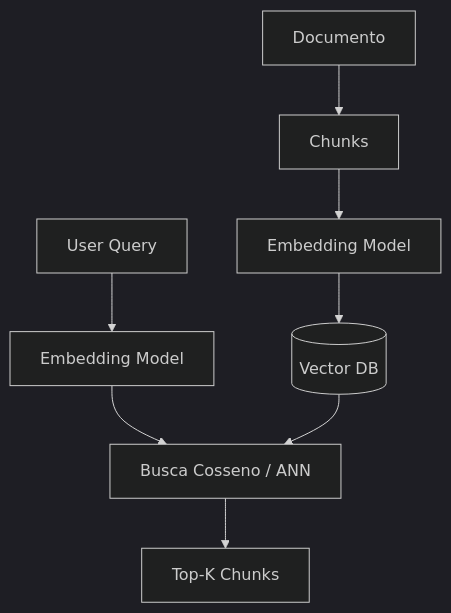
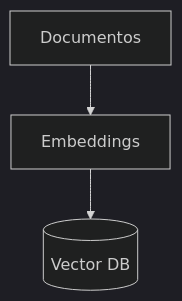
The third of 4 diagrams in pages/ai-agents/slide-etapa7.md (jcguimaraesnet/course-intelligent-agents), drawn with Mermaid before and after one commit. The commit also changed other lines of this file, not shown here.

First line of the commit message:
Revert "fix(ai-agents): reordenar tabela de similaridade de cosseno em ordem crescente no slide 144"

````diff
--- a/pages/ai-agents/slide-etapa7.md
+++ b/pages/ai-agents/slide-etapa7.md
@@ -558,18 +567,11 @@
-```mermaid {theme: 'dark', flowchart: { subGraphTitleMargin: { top: 10, bottom: 10 } }}
+```mermaid {theme: 'dark'}
 ---
 config:
   theme: dark
-  flowchart:
-    subGraphTitleMargin:
-      top: 10
-      bottom: 10
 ---
 flowchart TD
-Doc["Documento"] --> Split["Chunks"]
-Split --> Embed["Embedding Model"]
-Embed --> VectorDB[("Vector DB")]
-Query["User Query"] --> QEmbed["Embedding Model"]
-QEmbed --> Search["Busca Cosseno / ANN"]
-VectorDB --> Search
-Search --> Context["Top-K Chunks"]
+Docs["Documentos"]
+Embed["Embeddings"]
+VDB[("Vector DB")]
+Docs --> Embed --> VDB
 ```
````
